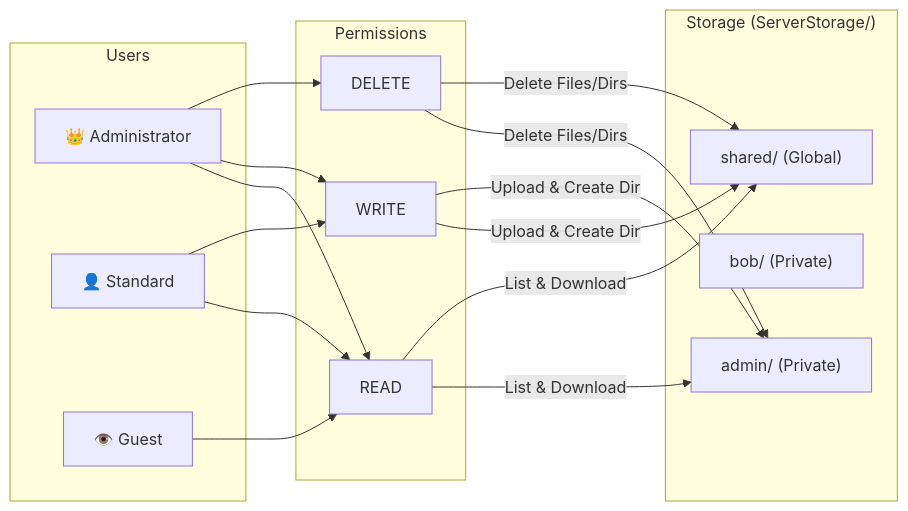
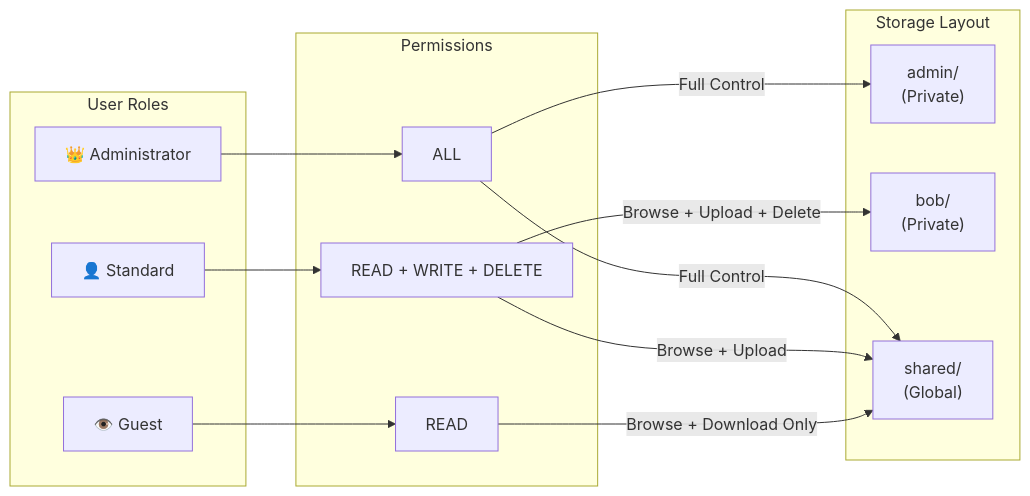
The fourth of 8 diagrams in README.md (joserohit264/Quantum_SFTP_GUI), drawn with Mermaid before and after one commit. The commit also changed other lines of this file and 5 other files, not shown here.

````diff
--- a/README.md
+++ b/README.md
@@ -97,31 +341,30 @@
 ```mermaid
 graph LR
-    subgraph "Users"
+    subgraph "User Roles"
         Admin["👑 Administrator"]
         Standard["👤 Standard"]
         Guest["👁️ Guest"]
     end
 
     subgraph "Permissions"
-        R["READ"]
-        W["WRITE"]
-        D["DELETE"]
+        ALL["ALL"]
+        RWD["READ + WRITE + DELETE"]
+        RO["READ"]
     end
 
-    subgraph "Storage (ServerStorage/)"
-        AdminDir["admin/ (Private)"]
-        BobDir["bob/ (Private)"]
-        Shared["shared/ (Global)"]
+    subgraph "Storage Layout"
+        AdminDir["admin/<br>(Private)"]
+        BobDir["bob/<br>(Private)"]
+        Shared["shared/<br>(Global)"]
     end
 
-    Admin --> R & W & D
-    Standard --> R & W
-    Guest --> R
+    Admin --> ALL
+    Standard --> RWD
+    Guest --> RO
 
-    R -->|"List & Download"| AdminDir
-    R -->|"List & Download"| Shared
-    W -->|"Upload & Create Dir"| Shared
-    W -->|"Upload & Create Dir"| AdminDir
-    D -->|"Delete Files/Dirs"| AdminDir
-    D -->|"Delete Files/Dirs"| Shared
+    ALL -->|"Full Control"| AdminDir
+    ALL -->|"Full Control"| Shared
+    RWD -->|"Browse + Upload + Delete"| BobDir
+    RWD -->|"Browse + Upload"| Shared
+    RO -->|"Browse + Download Only"| Shared
 ```
````
